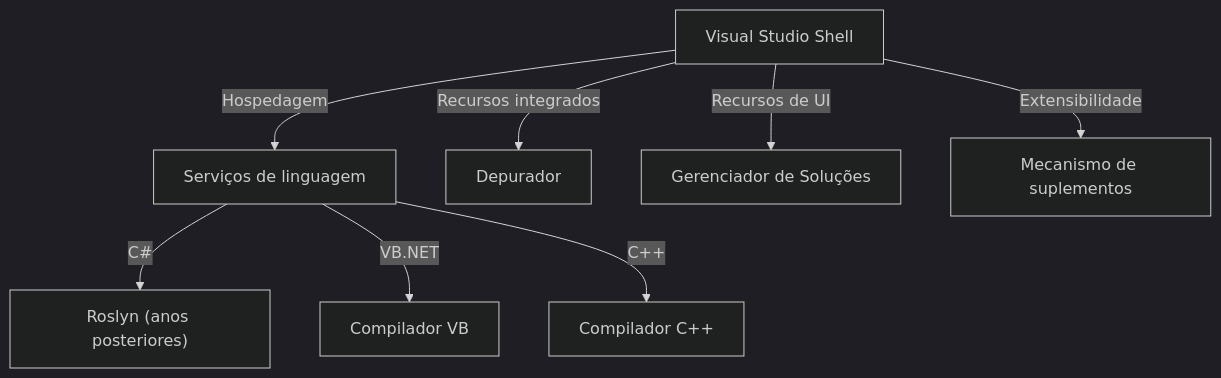
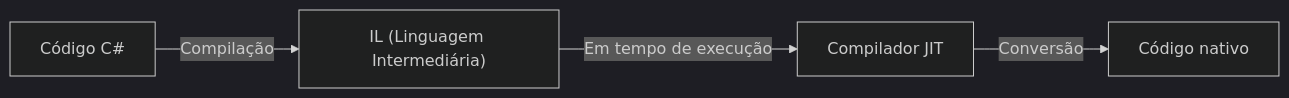
One commit to kenjinote/blog changed the second of 2 diagrams in content/post/history-of-visual-studio/index.pt.md. Above: the diagram before and after it, drawn with Mermaid (dark theme). The commit also changed other lines of this file and 129 other files, not shown here.

````diff
--- a/content/post/history-of-visual-studio/index.pt.md
+++ b/content/post/history-of-visual-studio/index.pt.md
@@ -85,11 +51,6 @@
 ```mermaid
-graph TD
-    A["Visual Studio Shell"] -- "Hospedagem" --> B["Serviços de linguagem"]
-    B -- "C#" --> C["Roslyn (anos posteriores)"]
-    B -- "VB.NET" --> D["Compilador VB"]
-    B -- "C++" --> E["Compilador C++"]
-    
-    A -- "Recursos integrados" --> F["Depurador"]
-    A -- "Recursos de UI" --> G["Gerenciador de Soluções"]
-    A -- "Extensibilidade" --> H["Mecanismo de suplementos"]
+graph LR
+    A["Código C#"] -- "Compilação" --> B["IL (Linguagem Intermediária)"]
+    B -- "Em tempo de execução" --> C["Compilador JIT"]
+    C -- "Conversão" --> D["Código nativo"]
 ```
````
